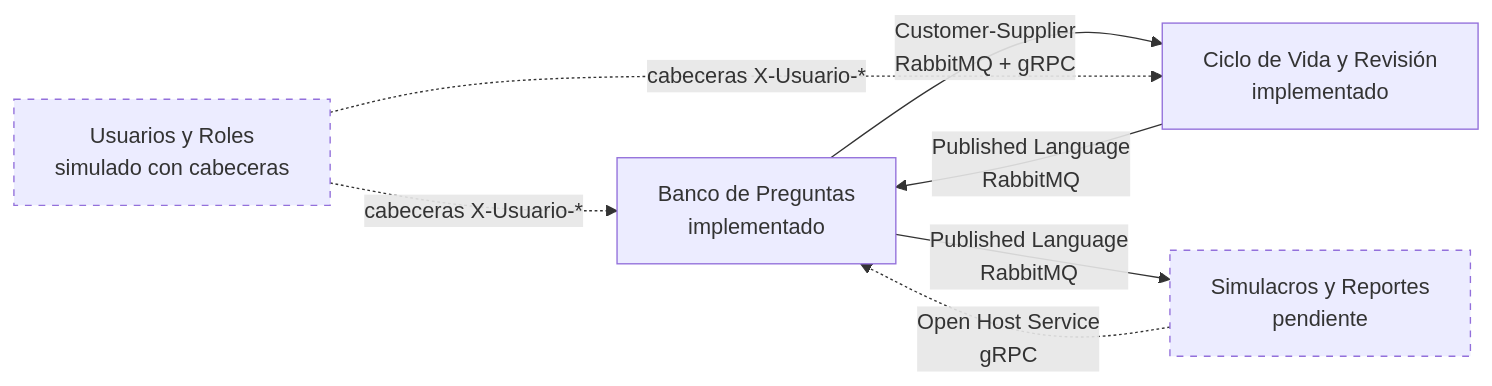
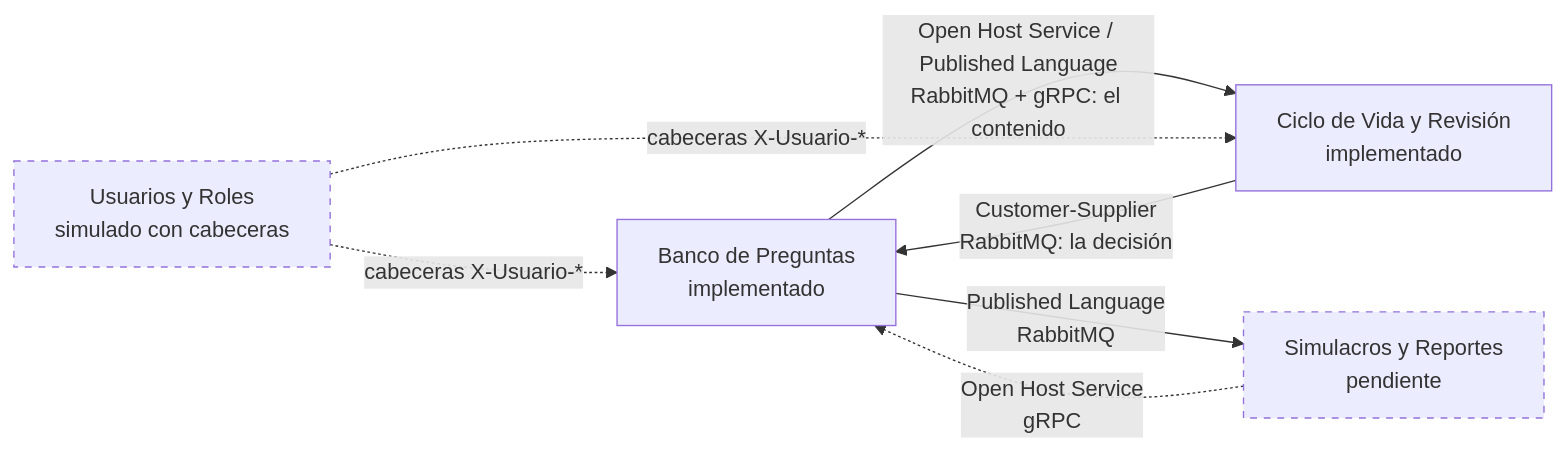
One commit to henersson/MicroServicios changed the second of 2 diagrams in docs/arquitectura.md. Above: the diagram before and after it, drawn with Mermaid. The commit also changed other lines of this file and 38 other files, not shown here.

````diff
--- a/docs/arquitectura.md
+++ b/docs/arquitectura.md
@@ -76,17 +76,17 @@
 ```mermaid
 flowchart LR
     BP[Banco de Preguntas<br/>implementado]
     CR[Ciclo de Vida y Revisión<br/>implementado]
     SR[Simulacros y Reportes<br/>pendiente]
     UR[Usuarios y Roles<br/>simulado con cabeceras]
 
-    BP -->|"Customer-Supplier<br/>RabbitMQ + gRPC"| CR
-    CR -->|"Published Language<br/>RabbitMQ"| BP
+    CR -->|"Customer-Supplier<br/>RabbitMQ: la decisión"| BP
+    BP -->|"Open Host Service / Published Language<br/>RabbitMQ + gRPC: el contenido"| CR
     BP -->|"Published Language<br/>RabbitMQ"| SR
     SR -.->|"Open Host Service<br/>gRPC"| BP
     UR -.->|"cabeceras X-Usuario-*"| BP
     UR -.->|"cabeceras X-Usuario-*"| CR
 
     classDef pendiente stroke-dasharray: 5 5
     class SR,UR pendiente
 ```
````
